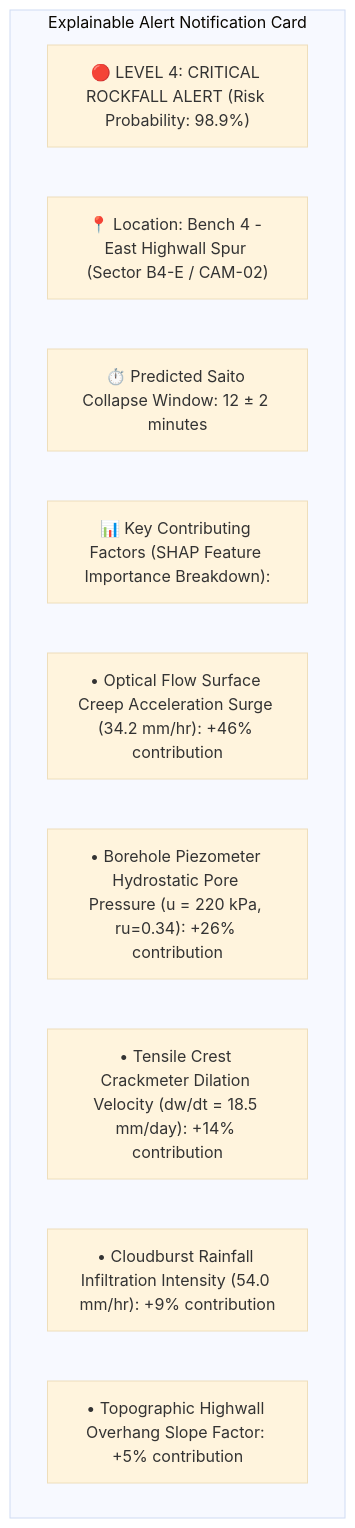
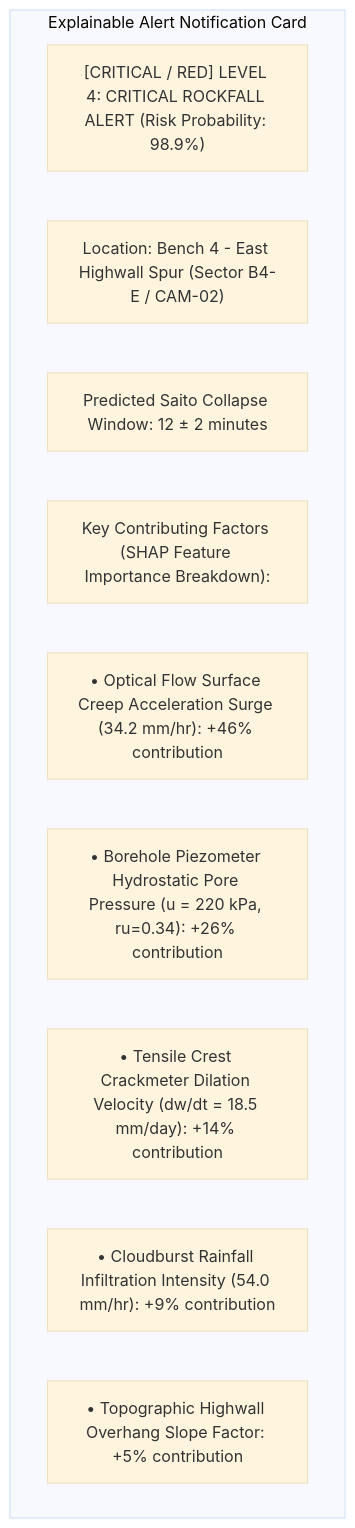
One commit to angelverman2021-a11y/Report changed the fifth of 6 diagrams in docs/23_AI_Machine_Learning_Prediction.md. Above: the diagram before and after it, drawn with Mermaid (base theme). The commit also changed other lines of this file and 32 other files, not shown here.

````diff
--- a/docs/23_AI_Machine_Learning_Prediction.md
+++ b/docs/23_AI_Machine_Learning_Prediction.md
@@ -221,14 +221,14 @@
 ```mermaid
 graph TD
-    subgraph Explainable Alert Notification Card
-        A["🔴 LEVEL 4: CRITICAL ROCKFALL ALERT (Risk Probability: 98.9%)"]
-        B["📍 Location: Bench 4 - East Highwall Spur (Sector B4-E / CAM-02)"]
-        C["⏱️ Predicted Saito Collapse Window: 12 ± 2 minutes"]
-        D["📊 Key Contributing Factors (SHAP Feature Importance Breakdown):"]
-        D1["• Optical Flow Surface Creep Acceleration Surge (34.2 mm/hr): +46% contribution"]
-        D2["• Borehole Piezometer Hydrostatic Pore Pressure (u = 220 kPa, ru=0.34): +26% contribution"]
-        D3["• Tensile Crest Crackmeter Dilation Velocity (dw/dt = 18.5 mm/day): +14% contribution"]
-        D4["• Cloudburst Rainfall Infiltration Intensity (54.0 mm/hr): +9% contribution"]
-        D5["• Topographic Highwall Overhang Slope Factor: +5% contribution"]
-    end
+ subgraph Explainable Alert Notification Card
+ A["[CRITICAL / RED] LEVEL 4: CRITICAL ROCKFALL ALERT (Risk Probability: 98.9%)"]
+ B[" Location: Bench 4 - East Highwall Spur (Sector B4-E / CAM-02)"]
+ C[" Predicted Saito Collapse Window: 12 ± 2 minutes"]
+ D[" Key Contributing Factors (SHAP Feature Importance Breakdown):"]
+ D1["• Optical Flow Surface Creep Acceleration Surge (34.2 mm/hr): +46% contribution"]
+ D2["• Borehole Piezometer Hydrostatic Pore Pressure (u = 220 kPa, ru=0.34): +26% contribution"]
+ D3["• Tensile Crest Crackmeter Dilation Velocity (dw/dt = 18.5 mm/day): +14% contribution"]
+ D4["• Cloudburst Rainfall Infiltration Intensity (54.0 mm/hr): +9% contribution"]
+ D5["• Topographic Highwall Overhang Slope Factor: +5% contribution"]
+ end
 ```
````
